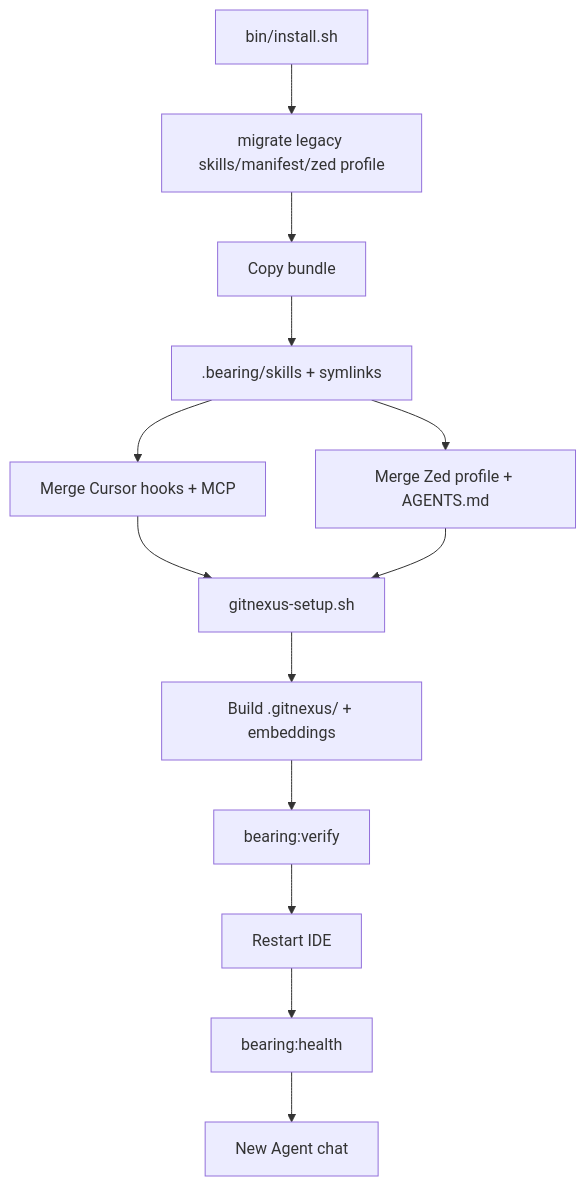
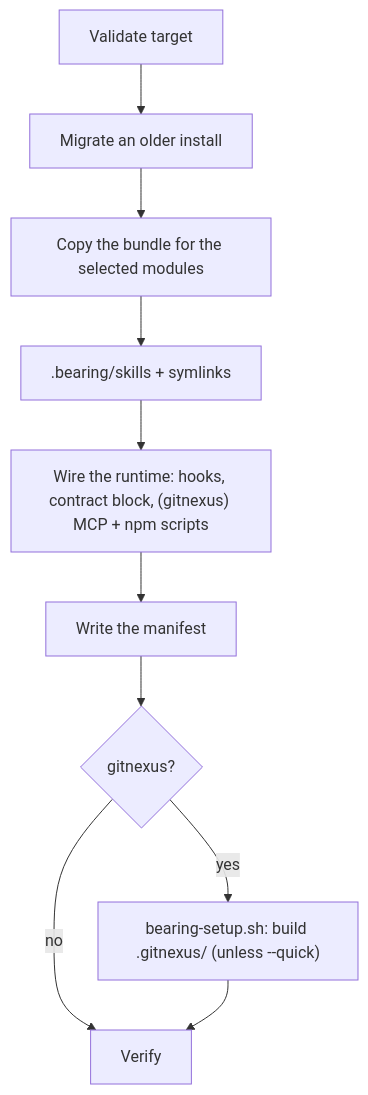
The diagram in docs/ARCHITECTURE.md (ReidenXerx/bearing), drawn with Mermaid before and after one commit. The commit also changed other lines of this file and 27 other files, not shown here.

````diff
--- a/docs/ARCHITECTURE.md
+++ b/docs/ARCHITECTURE.md
@@ -192,15 +75,12 @@
 ```mermaid
 flowchart TB
-  I["bin/install.sh"] --> M[migrate legacy skills/manifest/zed profile]
-  M --> B[Copy bundle]
-  B --> SK[".bearing/skills + symlinks"]
-  SK --> MC[Merge Cursor hooks + MCP]
-  SK --> MZ[Merge Zed profile + AGENTS.md]
-  MC --> S[gitnexus-setup.sh]
-  MZ --> S
-  S --> IDX["Build .gitnexus/ + embeddings"]
-  IDX --> V["bearing:verify"]
-  V --> R[Restart IDE]
-  R --> H["bearing:health"]
-  H --> C[New Agent chat]
+  V[Validate target] --> M[Migrate an older install]
+  M --> C[Copy the bundle for the selected modules]
+  C --> S[".bearing/skills + symlinks"]
+  S --> W["Wire the runtime: hooks, contract block, (gitnexus) MCP + npm scripts"]
+  W --> MF[Write the manifest]
+  MF --> G{"gitnexus?"}
+  G -->|yes| IX["bearing-setup.sh: build .gitnexus/ (unless --quick)"]
+  G -->|no| VF[Verify]
+  IX --> VF
 ```
````
